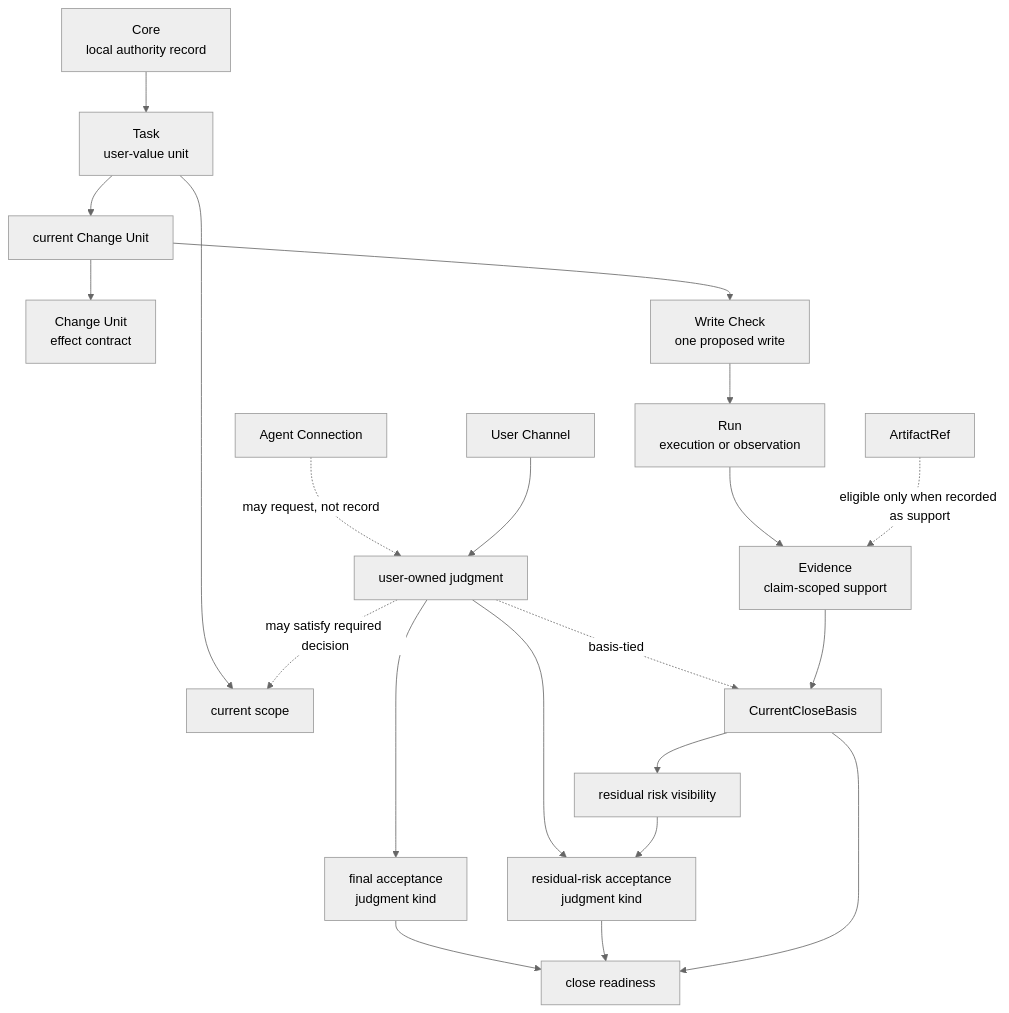
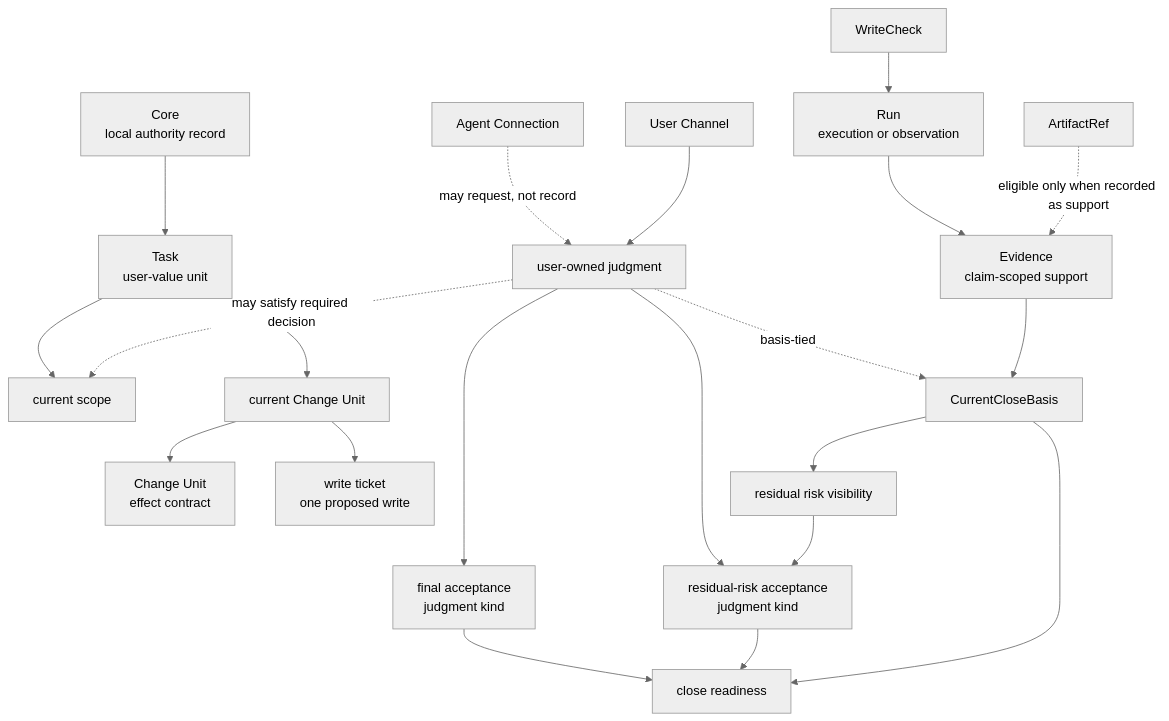
The diagram in docs/en/reference/core-model.md (minjungw00/Volicord), drawn with Mermaid (neutral theme) before and after one commit. The commit also changed other lines of this file and 100 other files, not shown here.

````diff
--- a/docs/en/reference/core-model.md
+++ b/docs/en/reference/core-model.md
@@ -87,23 +87,23 @@
 ```mermaid
 flowchart TD
     Core["Core<br/>local authority record"] --> Task["Task<br/>user-value unit"]
     Task --> Scope["current scope"]
     Task --> ChangeUnit["current Change Unit"]
     ChangeUnit --> EffectContract["Change Unit<br/>effect contract"]
-    ChangeUnit --> WriteCheck["Write Check<br/>one proposed write"]
+    ChangeUnit --> WriteTicket["write ticket<br/>one proposed write"]
     WriteCheck --> Run["Run<br/>execution or observation"]
     Run --> Evidence["Evidence<br/>claim-scoped support"]
     ArtifactRef["ArtifactRef"] -. "eligible only when recorded as support" .-> Evidence
     AgentConnection["Agent Connection"] -. "may request, not record" .-> Judgment["user-owned judgment"]
     UserChannel["User Channel"] --> Judgment
     Judgment -. "may satisfy required decision" .-> Scope
     Judgment -. "basis-tied" .-> CloseBasis["CurrentCloseBasis"]
     Evidence --> CloseBasis
     Judgment --> FinalAcceptance["final acceptance<br/>judgment kind"]
     Judgment --> RiskAcceptance["residual-risk acceptance<br/>judgment kind"]
     CloseBasis --> ResidualRisk["residual risk visibility"]
     ResidualRisk --> RiskAcceptance
     FinalAcceptance --> CloseReadiness
     RiskAcceptance --> CloseReadiness
     CloseBasis --> CloseReadiness["close readiness"]
 ```
````
